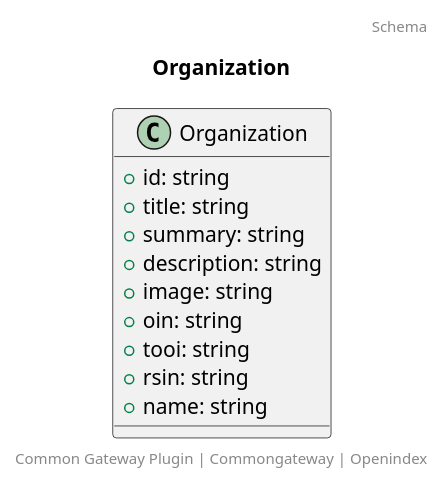
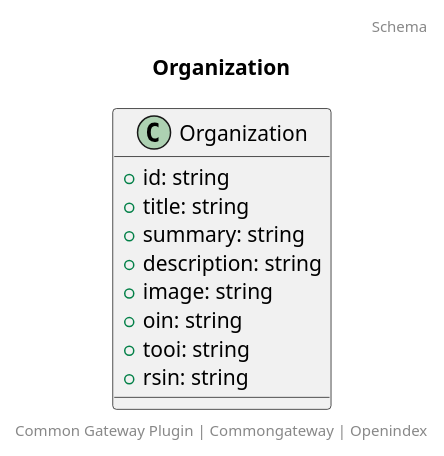
Before and after one commit to CommonGateway/OpenIndex: the diagram in docs/schema/Organization.puml, drawn with PlantUML. The commit also changed 3 other files, not shown here.

```diff
--- a/docs/schema/Organization.puml
+++ b/docs/schema/Organization.puml
@@ -1,17 +1,16 @@
 @startuml
 title: Organization
 footer: Common Gateway Plugin | Commongateway | Openindex 
 header: Schema
 
 class Organization {
   + id: string
   + title: string
   + summary: string
   + description: string
   + image: string
   + oin: string
   + tooi: string
   + rsin: string
-  + name: string
 }
 @enduml
```
